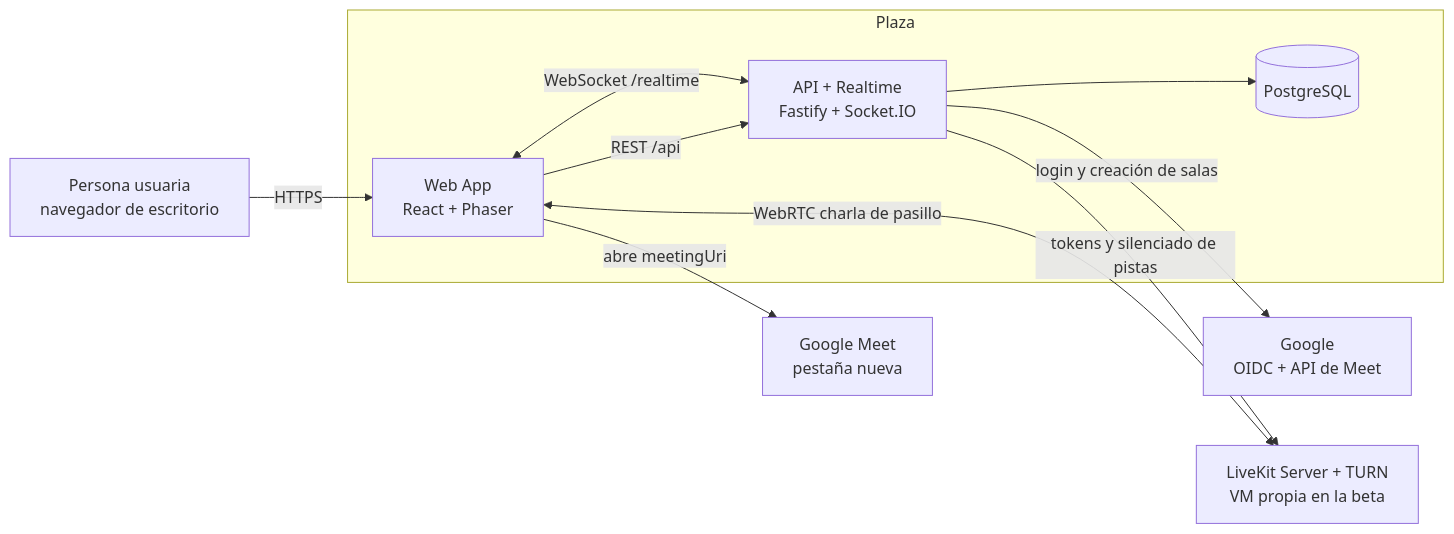
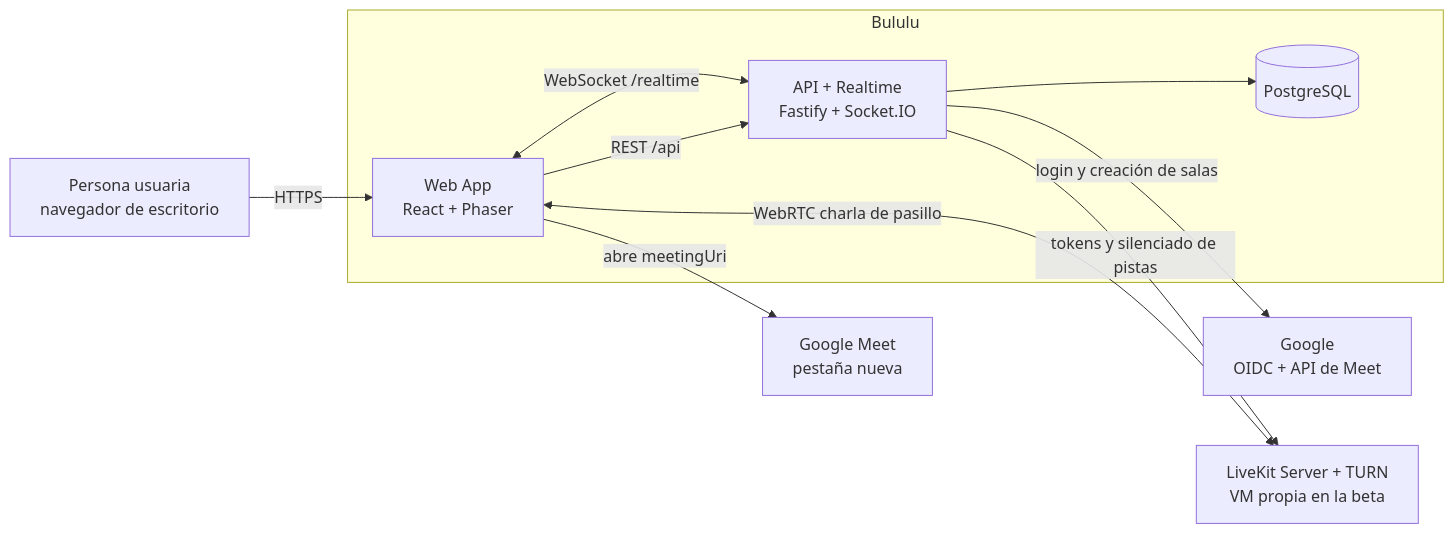
Before and after one commit to nesram5/html-course: the first of 4 diagrams in docs/virtual-office-mvp/02-arquitectura.md, drawn with Mermaid. The commit also changed other lines of this file and 25 other files, not shown here.

````diff
--- a/docs/virtual-office-mvp/02-arquitectura.md
+++ b/docs/virtual-office-mvp/02-arquitectura.md
@@ -22,21 +22,21 @@
 ```mermaid
 flowchart LR
     U[Persona usuaria<br/>navegador de escritorio]
-    subgraph Plaza
+    subgraph Bululu
       W[Web App<br/>React + Phaser]
       S[API + Realtime<br/>Fastify + Socket.IO]
       DB[(PostgreSQL)]
     end
     G[Google<br/>OIDC + API de Meet]
     M[Google Meet<br/>pestaña nueva]
     L[LiveKit Server + TURN<br/>VM propia en la beta]
 
     U -->|HTTPS| W
     W -->|REST /api| S
     W <-->|WebSocket /realtime| S
     W <-->|WebRTC charla de pasillo| L
     W -->|abre meetingUri| M
     S -->|login y creación de salas| G
     S -->|tokens y silenciado de pistas| L
     S --> DB
 ```
````
